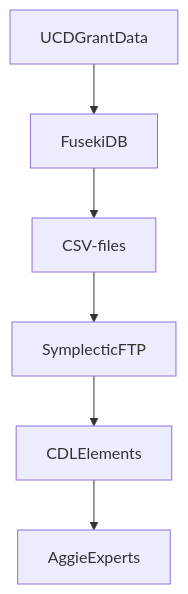
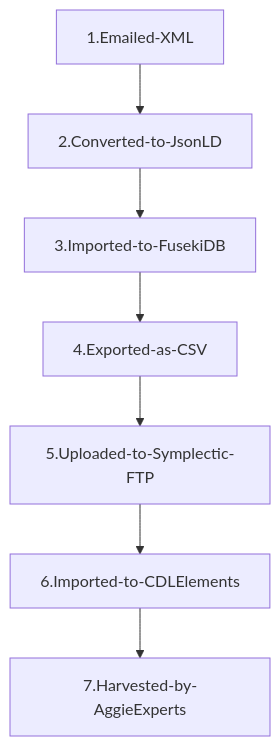
One commit to ucd-library/aggie-experts changed the diagram in doc/grant-feed.md. Above: the diagram before and after it, drawn with Mermaid. The commit also changed other lines of this file, not shown here.

````diff
--- a/doc/grant-feed.md
+++ b/doc/grant-feed.md
@@ -16,8 +9,9 @@
 ```mermaid
 graph TD;
-    UCDGrantData-->FusekiDB;
-    FusekiDB-->CSV-files; 
-    CSV-files-->SymplecticFTP;
-    SymplecticFTP-->CDLElements;
-    CDLElements-->AggieExperts
+    1.Emailed-XML-->2.Converted-to-JsonLD;
+    2.Converted-to-JsonLD-->3.Imported-to-FusekiDB;
+    3.Imported-to-FusekiDB-->4.Exported-as-CSV; 
+    4.Exported-as-CSV-->5.Uploaded-to-Symplectic-FTP;
+    5.Uploaded-to-Symplectic-FTP-->6.Imported-to-CDLElements;
+    6.Imported-to-CDLElements-->7.Harvested-by-AggieExperts
 ```
````
